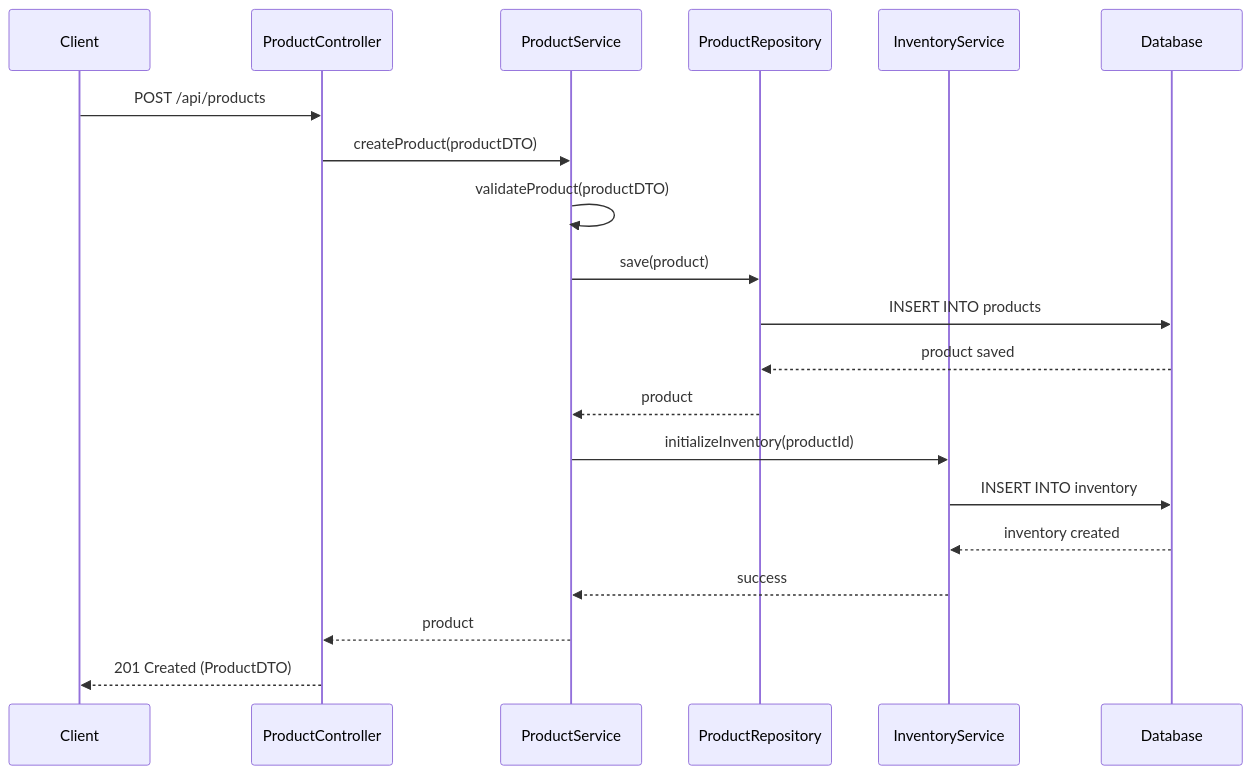
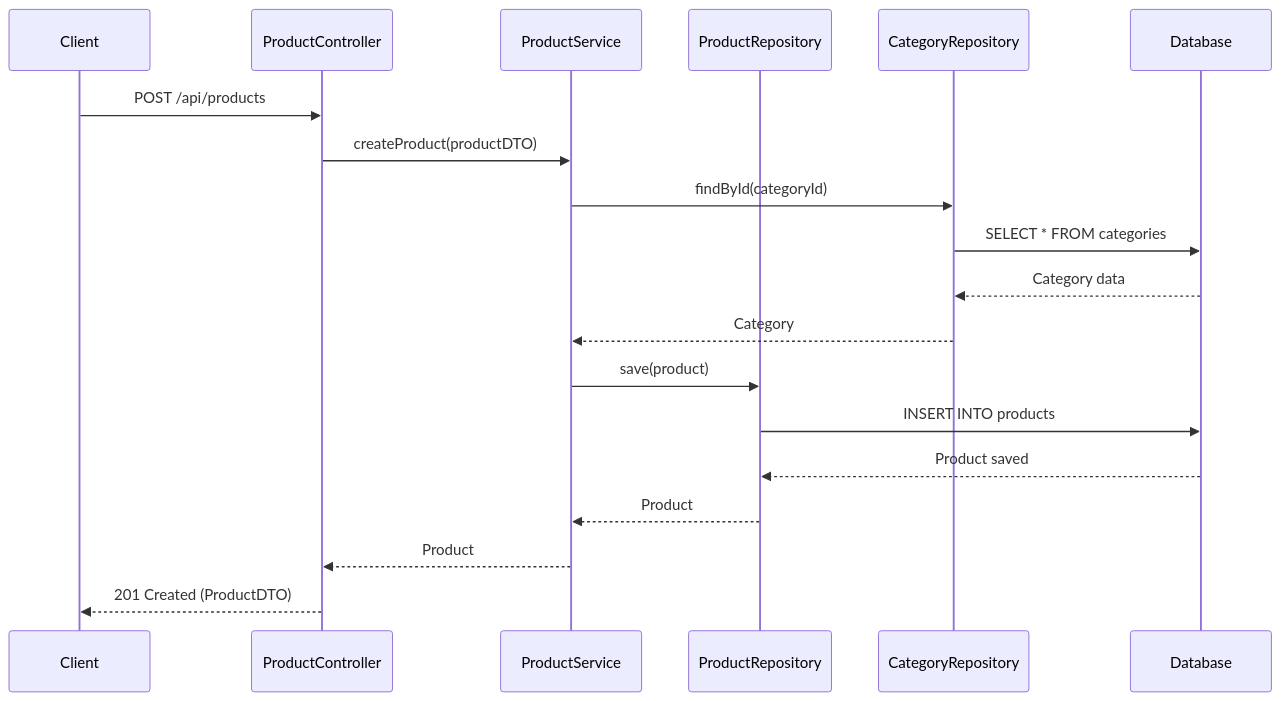
Before and after one commit to NavneetBN47/aava-ecom-demo: the third of 13 diagrams in docs/LLD/modified_lld.md, drawn with Mermaid. The commit also changed other lines of this file, not shown here.

````diff
--- a/docs/LLD/modified_lld.md
+++ b/docs/LLD/modified_lld.md
@@ -321,23 +278,22 @@
 ```mermaid
 sequenceDiagram
     participant Client
     participant ProductController
     participant ProductService
     participant ProductRepository
-    participant InventoryService
+    participant CategoryRepository
     participant Database
 
     Client->>ProductController: POST /api/products
     ProductController->>ProductService: createProduct(productDTO)
-    ProductService->>ProductService: validateProduct(productDTO)
+    ProductService->>CategoryRepository: findById(categoryId)
+    CategoryRepository->>Database: SELECT * FROM categories
+    Database-->>CategoryRepository: Category data
+    CategoryRepository-->>ProductService: Category
     ProductService->>ProductRepository: save(product)
     ProductRepository->>Database: INSERT INTO products
-    Database-->>ProductRepository: product saved
-    ProductRepository-->>ProductService: product
-    ProductService->>InventoryService: initializeInventory(productId)
-    InventoryService->>Database: INSERT INTO inventory
-    Database-->>InventoryService: inventory created
-    InventoryService-->>ProductService: success
-    ProductService-->>ProductController: product
+    Database-->>ProductRepository: Product saved
+    ProductRepository-->>ProductService: Product
+    ProductService-->>ProductController: Product
     ProductController-->>Client: 201 Created (ProductDTO)
 ```
````
